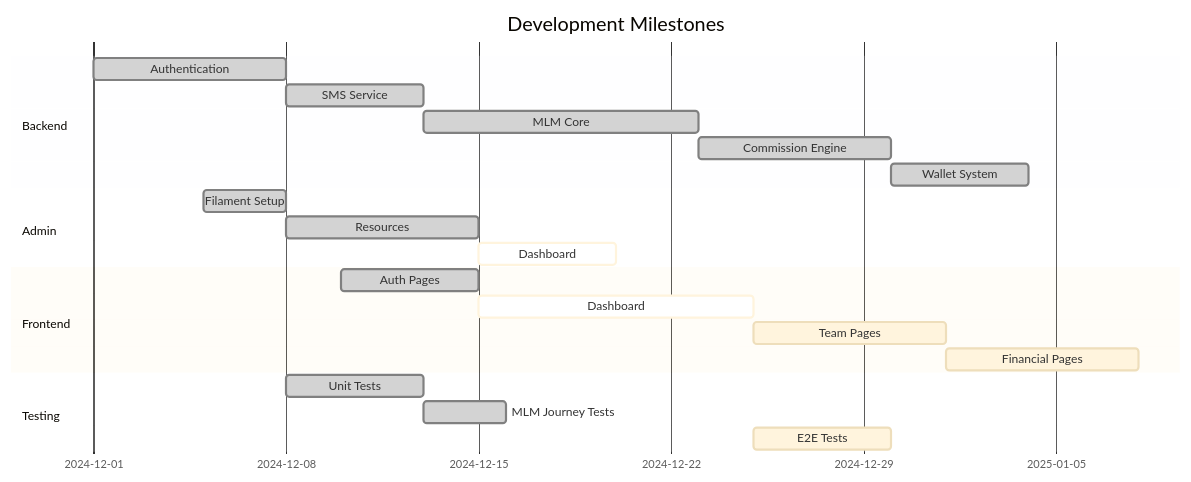
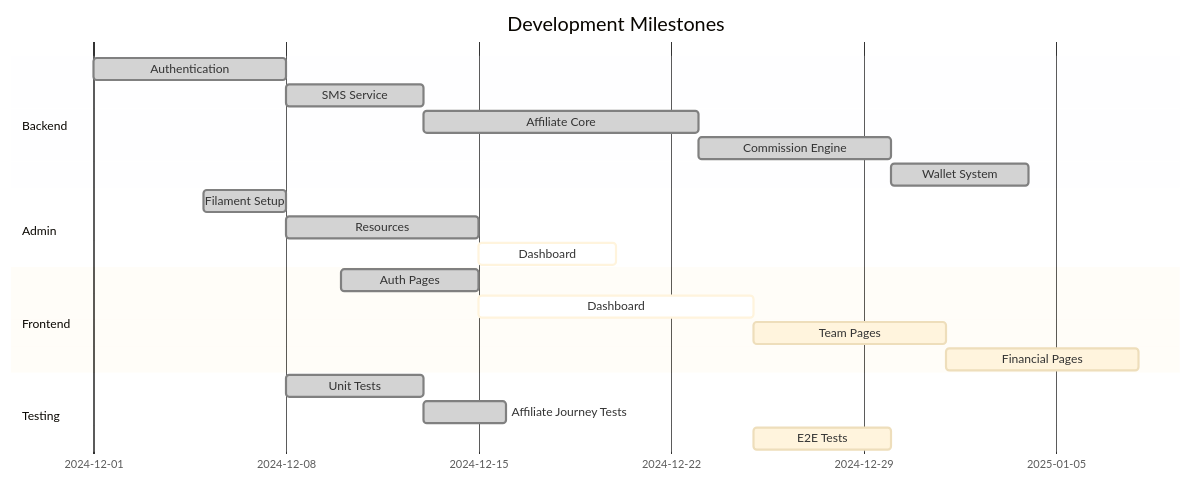
The second of 2 diagrams in docs/flowcharts/PROGRESS.md (mintreu/commerinity), drawn with Mermaid before and after one commit. The commit also changed other lines of this file and 309 other files, not shown here.

````diff
--- a/docs/flowcharts/PROGRESS.md
+++ b/docs/flowcharts/PROGRESS.md
@@ -116,26 +116,26 @@
 ```mermaid
 %%{init: {'theme': 'base'}}%%
 
 gantt
     title Development Milestones
     dateFormat  YYYY-MM-DD
     section Backend
     Authentication      :done,    auth, 2024-12-01, 7d
     SMS Service         :done,    sms, after auth, 5d
-    MLM Core           :done,    mlm, after sms, 10d
-    Commission Engine   :done,    comm, after mlm, 7d
+    Affiliate Core           :done,    affiliate, after sms, 10d
+    Commission Engine   :done,    comm, after affiliate, 7d
     Wallet System       :done,    wallet, after comm, 5d
     section Admin
     Filament Setup      :done,    fil, 2024-12-05, 3d
     Resources           :done,    res, after fil, 7d
     Dashboard           :active,  dash, after res, 5d
     section Frontend
     Auth Pages          :done,    fauth, 2024-12-10, 5d
     Dashboard           :active,  fdash, after fauth, 10d
     Team Pages          :         fteam, after fdash, 7d
     Financial Pages     :         ffin, after fteam, 7d
     section Testing
     Unit Tests          :done,    unit, 2024-12-08, 5d
-    MLM Journey Tests   :done,    mlmtest, after unit, 3d
+    Affiliate Journey Tests   :done,    affiliatetest, after unit, 3d
     E2E Tests           :         e2e, after fdash, 5d
 ```
````
